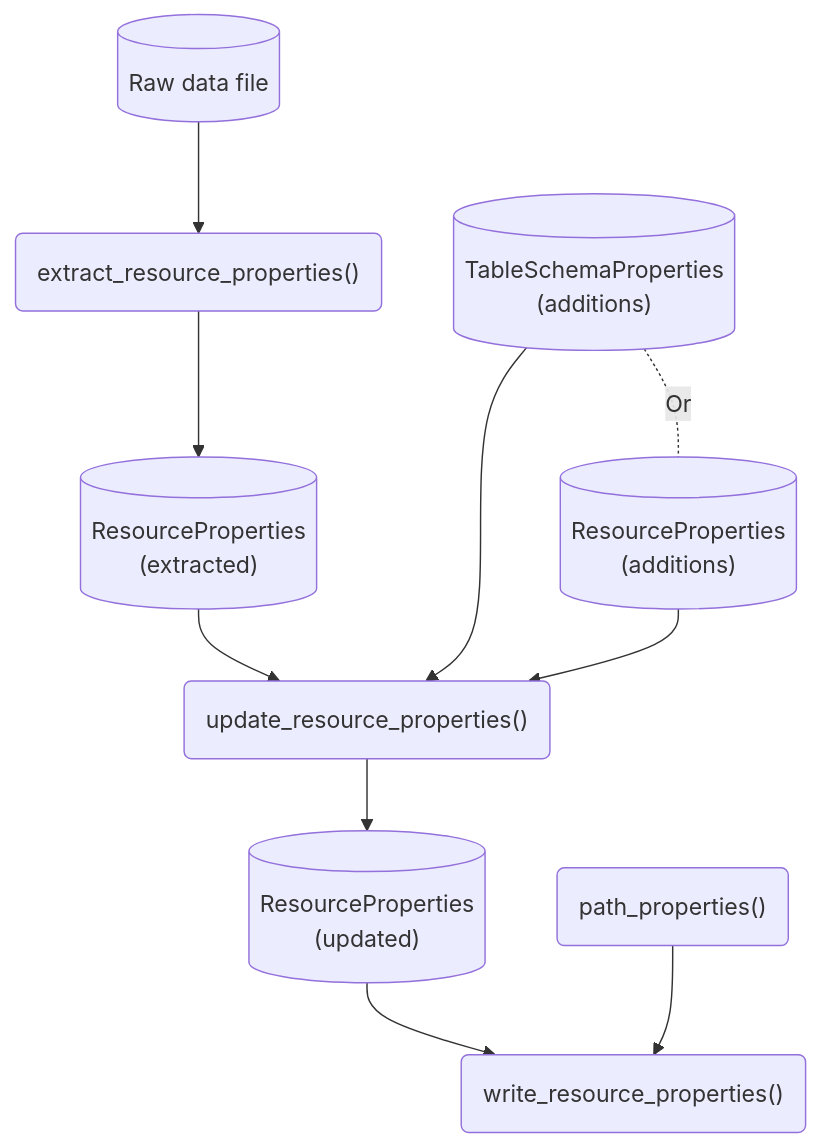
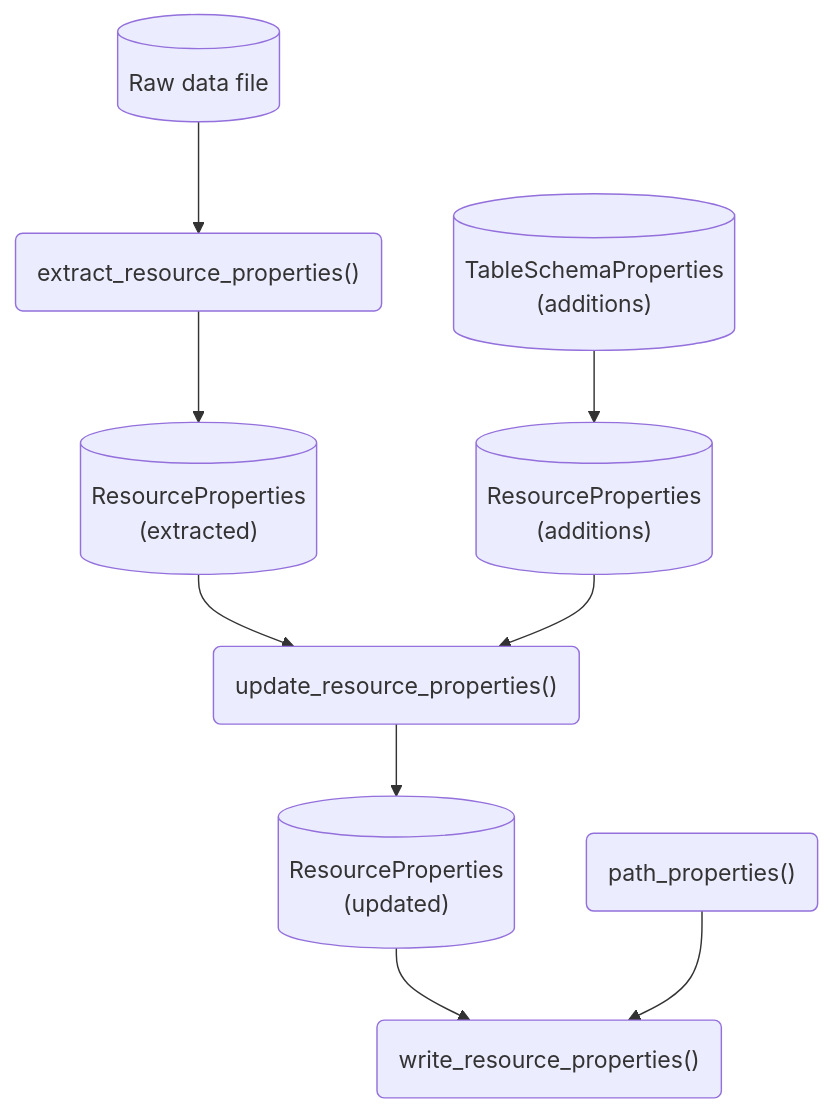
The diagram in docs/design/interface/flows.qmd (seedcase-project/seedcase-sprout), drawn with Mermaid before and after one commit. The commit also changed other lines of this file, not shown here.

````diff
--- a/docs/design/interface/flows.qmd
+++ b/docs/design/interface/flows.qmd
@@ -49,25 +47,24 @@
 ```{mermaid}
 %%| label: fig-flow-extract-resource-properties
 %%| fig-cap: "Diagram showing the flow of objects and functions to extract resource properties from raw data."
 %%| fig-alt: "A flow diagram showing the steps to extract resource properties from raw data."
 flowchart
     raw_data[(Raw data file)]
     properties_extracted[("ResourceProperties<br>(extracted)")]
     properties_updates[("ResourceProperties<br>(additions)")]
     schema_properties_updates[("TableSchemaProperties<br>(additions)")]
     properties_updated[("ResourceProperties<br>(updated)")]
     update_resource_properties("update_resource_properties()")
     path_properties("path_properties()")
     extract_resource_properties("extract_resource_properties()")
     write_resource_properties("write_resource_properties()")
 
     raw_data --> extract_resource_properties
     extract_resource_properties --> properties_extracted
     properties_extracted --> update_resource_properties
-    schema_properties_updates -. Or .- properties_updates
-    schema_properties_updates --> update_resource_properties
+    schema_properties_updates --> properties_updates
     properties_updates --> update_resource_properties
     update_resource_properties --> properties_updated
     properties_updated --> write_resource_properties
     path_properties --> write_resource_properties
 ```
````
